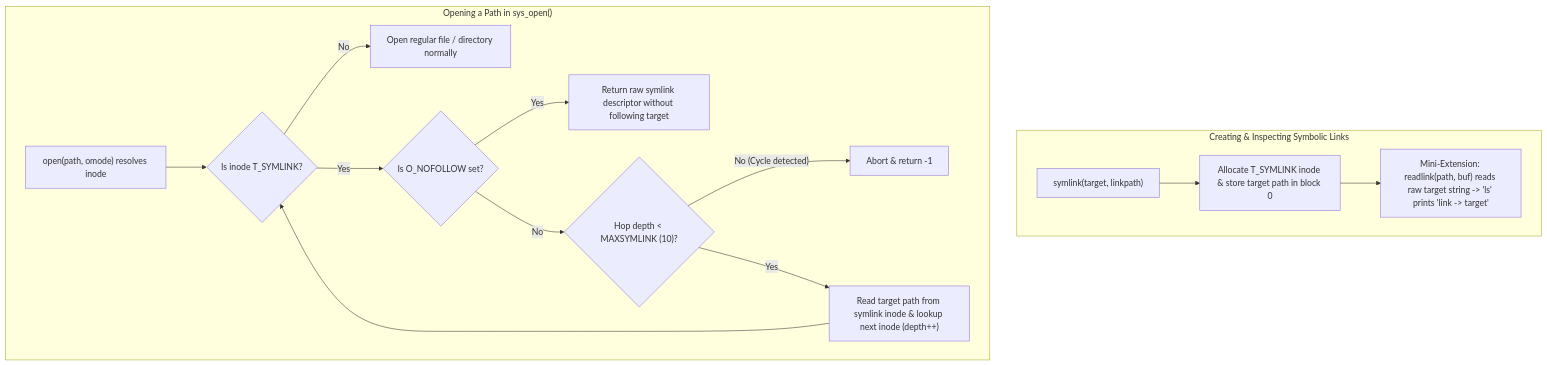
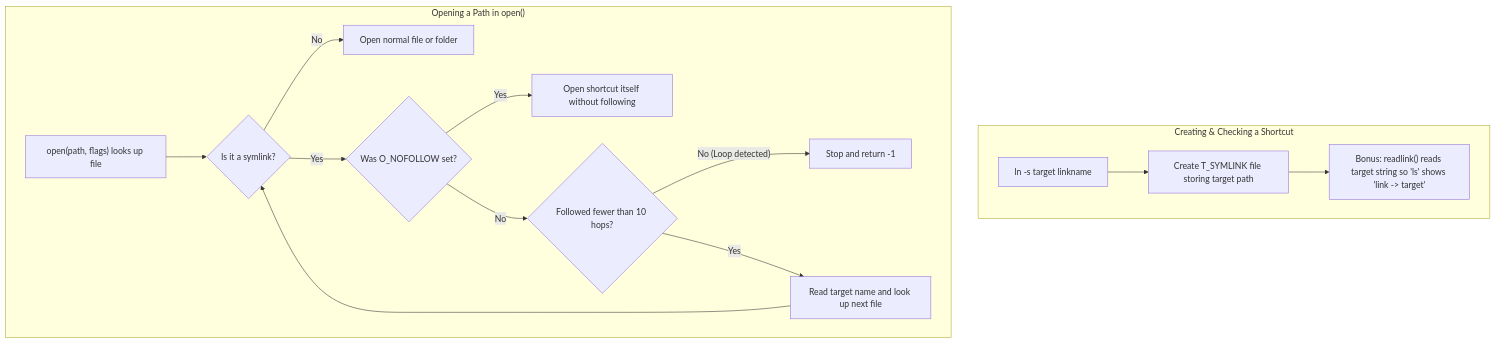
Before and after one commit to asbahkhan67-ctrl/xv6-riscv: diagram 18 of 21 in README.md, drawn with Mermaid. The commit also changed other lines of this file and 42 other files, not shown here.

````diff
--- a/README.md
+++ b/README.md
@@ -1060,18 +1100,18 @@
 ```mermaid
 flowchart TD
-    subgraph Create["Creating & Inspecting Symbolic Links"]
-        C1["symlink(target, linkpath)"] --> C2["Allocate T_SYMLINK inode & store target path in block 0"]
-        C2 --> RL["Mini-Extension: readlink(path, buf) reads raw target string -> 'ls' prints 'link -> target'"]
+    subgraph Make["Creating & Checking a Shortcut"]
+        C1["ln -s target linkname"] --> C2["Create T_SYMLINK file storing target path"]
+        C2 --> C3["Bonus: readlink() reads target string so 'ls' shows 'link -> target'"]
     end
 
-    subgraph Open["Opening a Path in sys_open()"]
-        O1["open(path, omode) resolves inode"] --> O2{"Is inode T_SYMLINK?"}
-        O2 -- "No" --> O6["Open regular file / directory normally"]
-        O2 -- "Yes" --> O3{"Is O_NOFOLLOW set?"}
-        O3 -- "Yes" --> O4["Return raw symlink descriptor without following target"]
-        O3 -- "No" --> O5{"Hop depth < MAXSYMLINK (10)?"}
-        O5 -- "No (Cycle detected)" --> ERR["Abort & return -1"]
-        O5 -- "Yes" --> HOP["Read target path from symlink inode & lookup next inode (depth++)"]
-        HOP --> O2
+    subgraph Open["Opening a Path in open()"]
+        O1["open(path, flags) looks up file"] --> O2{"Is it a symlink?"}
+        O2 -- "No" --> O3["Open normal file or folder"]
+        O2 -- "Yes" --> O4{"Was O_NOFOLLOW set?"}
+        O4 -- "Yes" --> O5["Open shortcut itself without following"]
+        O4 -- "No" --> O6{"Followed fewer than 10 hops?"}
+        O6 -- "No (Loop detected)" --> ERR["Stop and return -1"]
+        O6 -- "Yes" --> O7["Read target name and look up next file"]
+        O7 --> O2
     end
 ```
````
